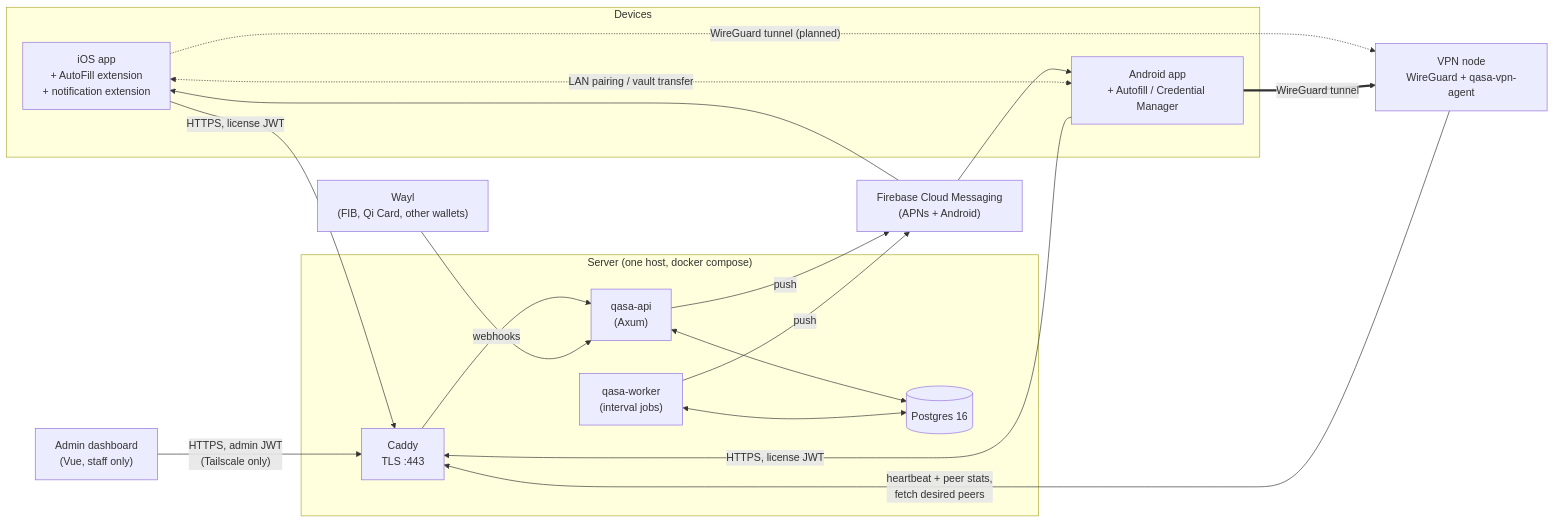
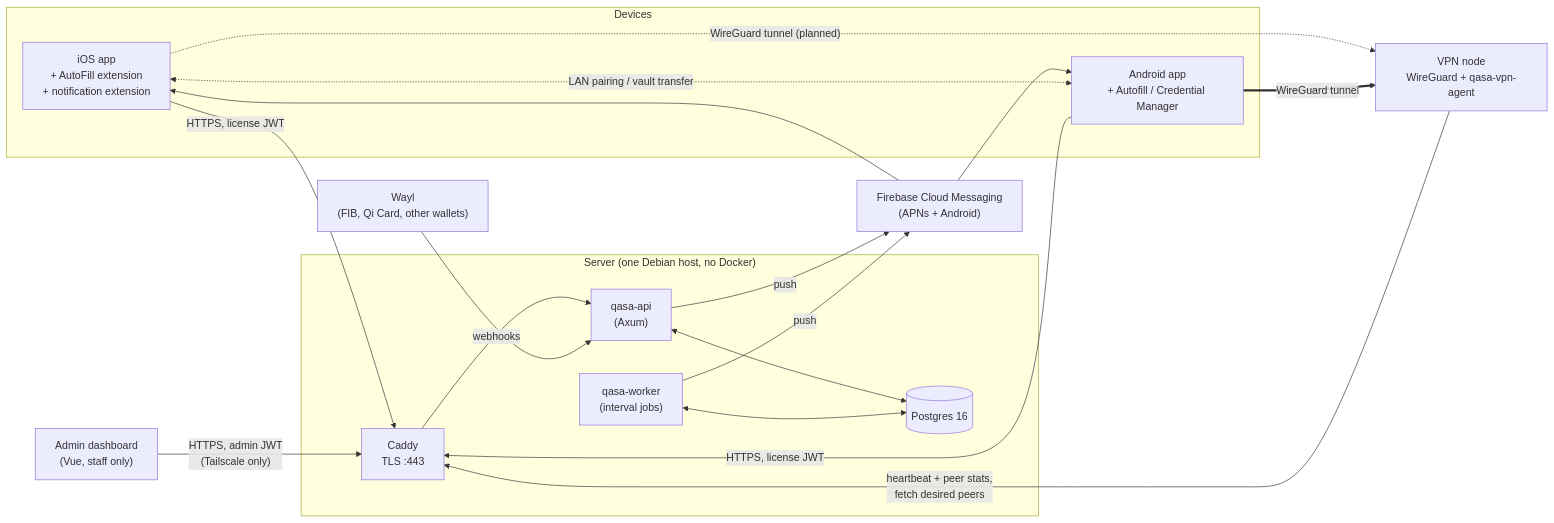
The diagram in ARCHITECTURE.md (Ali559/Qasa), drawn with Mermaid before and after one commit. The commit also changed other lines of this file and 9 other files, not shown here.

````diff
--- a/ARCHITECTURE.md
+++ b/ARCHITECTURE.md
@@ -78,35 +77,35 @@
 ```mermaid
 flowchart LR
   subgraph Devices
     IOS["iOS app<br/>+ AutoFill extension<br/>+ notification extension"]
     AND["Android app<br/>+ Autofill / Credential Manager"]
   end
   ADMIN["Admin dashboard<br/>(Vue, staff only)"]
 
-  subgraph Server["Server (one host, docker compose)"]
+  subgraph Server["Server (one Debian host, no Docker)"]
     CADDY["Caddy<br/>TLS :443"]
     API["qasa-api<br/>(Axum)"]
     WORKER["qasa-worker<br/>(interval jobs)"]
     PG[("Postgres 16")]
   end
 
   NODE["VPN node<br/>WireGuard + qasa-vpn-agent"]
   FCM["Firebase Cloud Messaging<br/>(APNs + Android)"]
   WALLET["Wayl<br/>(FIB, Qi Card, other wallets)"]
 
   IOS -- "HTTPS, license JWT" --> CADDY
   AND -- "HTTPS, license JWT" --> CADDY
   ADMIN -- "HTTPS, admin JWT<br/>(Tailscale only)" --> CADDY
   CADDY --> API
   API <--> PG
   WORKER <--> PG
   API -- push --> FCM
   WORKER -- push --> FCM
   FCM --> IOS
   FCM --> AND
   WALLET -- webhooks --> API
   NODE -- "heartbeat + peer stats,<br/>fetch desired peers" --> CADDY
   IOS -. "WireGuard tunnel (planned)" .-> NODE
   AND == "WireGuard tunnel" ==> NODE
   IOS <-. "LAN pairing / vault transfer" .-> AND
 ```
````
